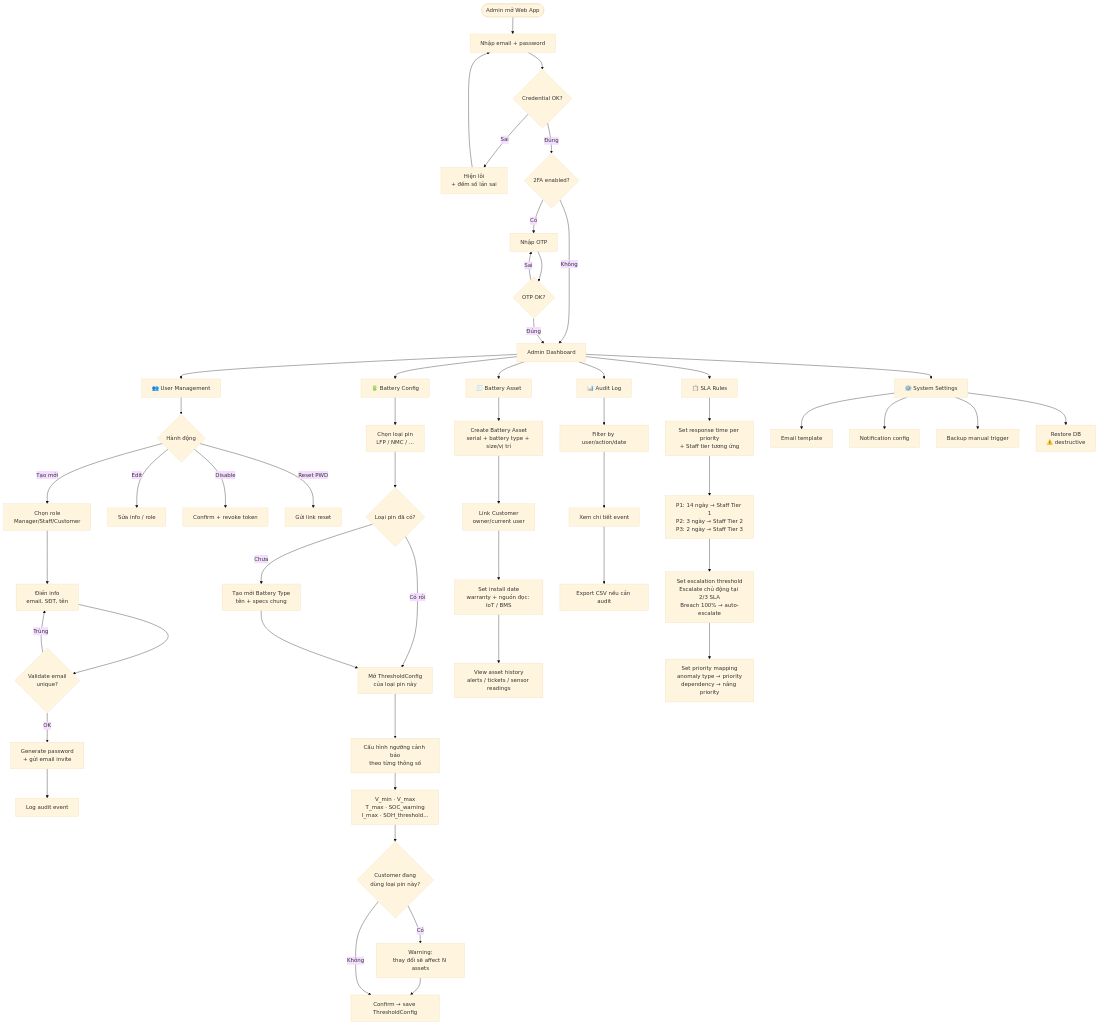
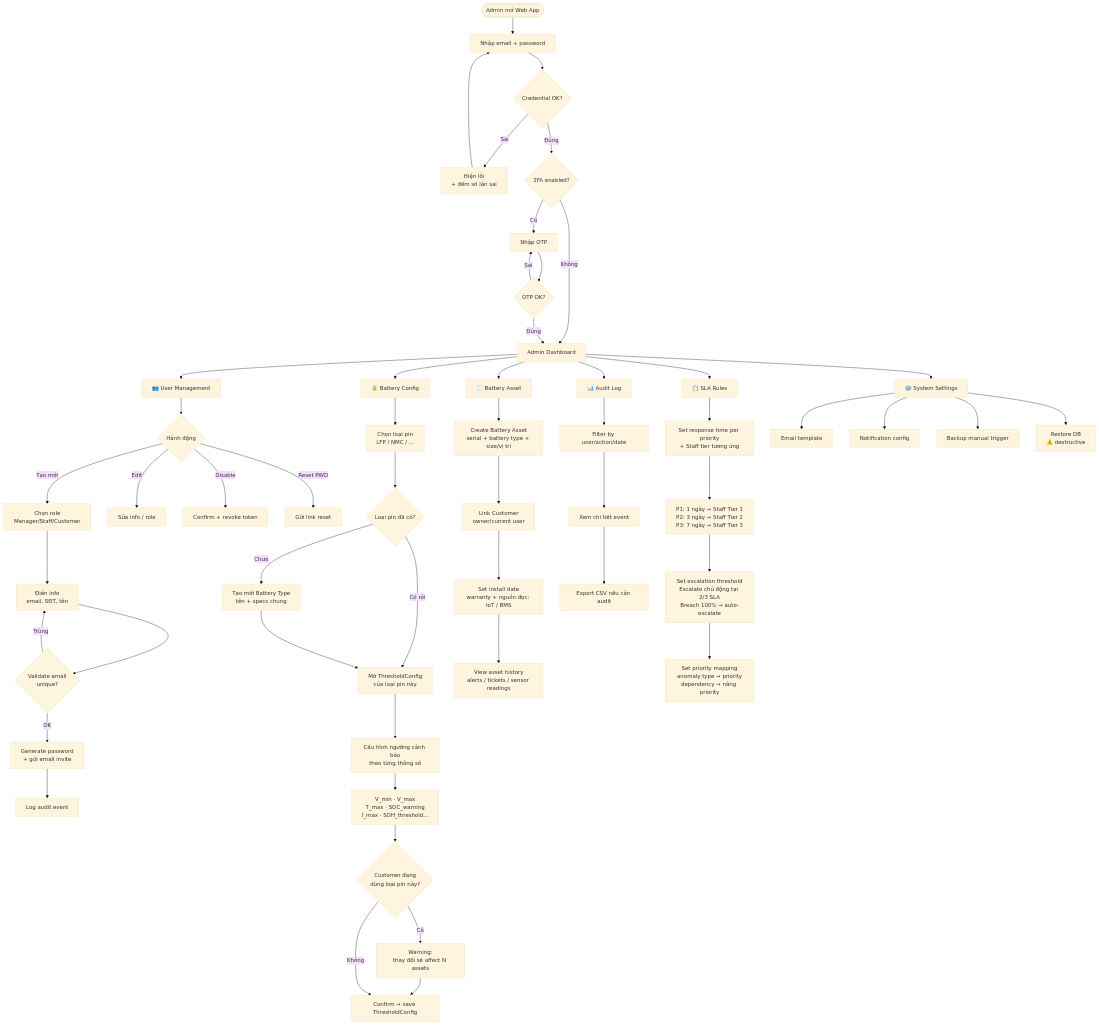
Before and after one commit to GSU26SE55/backend: the fifth of 8 diagrams in .claude/docs/core-business-flow.md, drawn with Mermaid (base theme). The commit also changed other lines of this file and 29 other files, not shown here.

````diff
--- a/.claude/docs/core-business-flow.md
+++ b/.claude/docs/core-business-flow.md
@@ -361,61 +361,61 @@
 ```mermaid
 flowchart TD
     Start([Admin mở Web App]) --> L1[Nhập email + password]
     L1 --> L2{Credential OK?}
     L2 -->|Sai| L3[Hiện lỗi<br/>+ đếm số lần sai] --> L1
     L2 -->|Đúng| L4{2FA enabled?}
     L4 -->|Có| L5[Nhập OTP]
     L4 -->|Không| Dashboard
     L5 --> L6{OTP OK?}
     L6 -->|Sai| L5
     L6 -->|Đúng| Dashboard[Admin Dashboard]
 
     Dashboard --> T1[👥 User Management]
     Dashboard --> T2[🔋 Battery Config]
     Dashboard --> T6[🧾 Battery Asset]
     Dashboard --> T3[📋 SLA Rules]
     Dashboard --> T4[📊 Audit Log]
     Dashboard --> T5[⚙️ System Settings]
 
     T1 --> U1{Hành động}
     U1 -->|Tạo mới| U2[Chọn role<br/>Manager/Staff/Customer]
     U2 --> U3[Điền info<br/>email, SĐT, tên]
     U3 --> U4{Validate email<br/>unique?}
     U4 -->|Trùng| U3
     U4 -->|OK| U5[Generate password<br/>+ gửi email invite]
     U5 --> U6[Log audit event]
     U1 -->|Edit| U7[Sửa info / role]
     U1 -->|Disable| U8[Confirm + revoke token]
     U1 -->|Reset PWD| U9[Gửi link reset]
 
     T2 --> B1[Chọn loại pin<br/>LFP / NMC / ...]
     B1 --> B1b{Loại pin đã có?}
     B1b -->|Chưa| B1c[Tạo mới Battery Type<br/>tên + specs chung]
     B1b -->|Có rồi| B2
     B1c --> B2[Mở ThresholdConfig<br/>của loại pin này]
     B2 --> B3[Cấu hình ngưỡng cảnh báo<br/>theo từng thông số]
     B3 --> B4[V_min · V_max<br/>T_max · SOC_warning<br/>I_max · SOH_threshold...]
     B4 --> B5{Customer đang<br/>dùng loại pin này?}
     B5 -->|Có| B6[Warning:<br/>thay đổi sẽ affect N assets]
     B6 --> B7[Confirm → save ThresholdConfig]
     B5 -->|Không| B7
 
     T6 --> BA1[Create Battery Asset<br/>serial + battery type + size/vị trí]
     BA1 --> BA2[Link Customer<br/>owner/current user]
     BA2 --> BA3[Set install date<br/>warranty + nguồn đọc: IoT / BMS]
     BA3 --> BA4[View asset history<br/>alerts / tickets / sensor readings]
 
     T3 --> SR1[Set response time per priority<br/>+ Staff tier tương ứng]
-    SR1 --> SR2[P1: 14 ngày → Staff Tier 1<br/>P2: 3 ngày → Staff Tier 2<br/>P3: 2 ngày → Staff Tier 3]
+    SR1 --> SR2[P1: 1 ngày → Staff Tier 1<br/>P2: 3 ngày → Staff Tier 2<br/>P3: 7 ngày → Staff Tier 3]
     SR2 --> SR3[Set escalation threshold<br/>Escalate chủ động tại 2/3 SLA<br/>Breach 100% → auto-escalate]
     SR3 --> SR4[Set priority mapping<br/>anomaly type → priority<br/>dependency → nâng priority]
 
     T4 --> AL1[Filter by user/action/date]
     AL1 --> AL2[Xem chi tiết event]
     AL2 --> AL3[Export CSV nếu cần audit]
 
     T5 --> SY1[Email template]
     T5 --> SY2[Notification config]
     T5 --> SY3[Backup manual trigger]
     T5 --> SY4[Restore DB<br/>⚠️ destructive]
 ```
````
